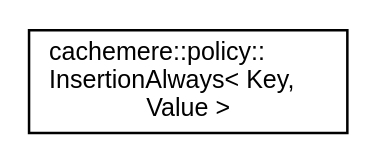
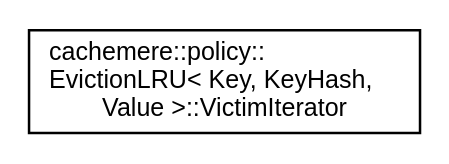
Before and after one commit to coveooss/cachemere: the diagram in docs/inherit_graph_21.dot, drawn with Graphviz. The commit also changed 154 other files, not shown here.

```diff
--- a/docs/inherit_graph_21.dot
+++ b/docs/inherit_graph_21.dot
@@ -1,8 +1,8 @@
 digraph "Graphical Class Hierarchy"
 {
  // LATEX_PDF_SIZE
   edge [fontname="Helvetica",fontsize="10",labelfontname="Helvetica",labelfontsize="10"];
   node [fontname="Helvetica",fontsize="10",shape=record];
   rankdir="LR";
-  Node0 [label="cachemere::policy::\lInsertionAlways\< Key,\l Value \>",height=0.2,width=0.4,color="black", fillcolor="white", style="filled",URL="$classcachemere_1_1policy_1_1InsertionAlways.html",tooltip="Simplest insertion policy. Always accepts insertions."];
+  Node0 [label="cachemere::policy::\lEvictionLRU\< Key, KeyHash,\l Value \>::VictimIterator",height=0.2,width=0.4,color="black", fillcolor="white", style="filled",URL="$classcachemere_1_1policy_1_1EvictionLRU_1_1VictimIterator.html",tooltip="Iterator for iterating over cache items in the order they should be evicted."];
 }
```
